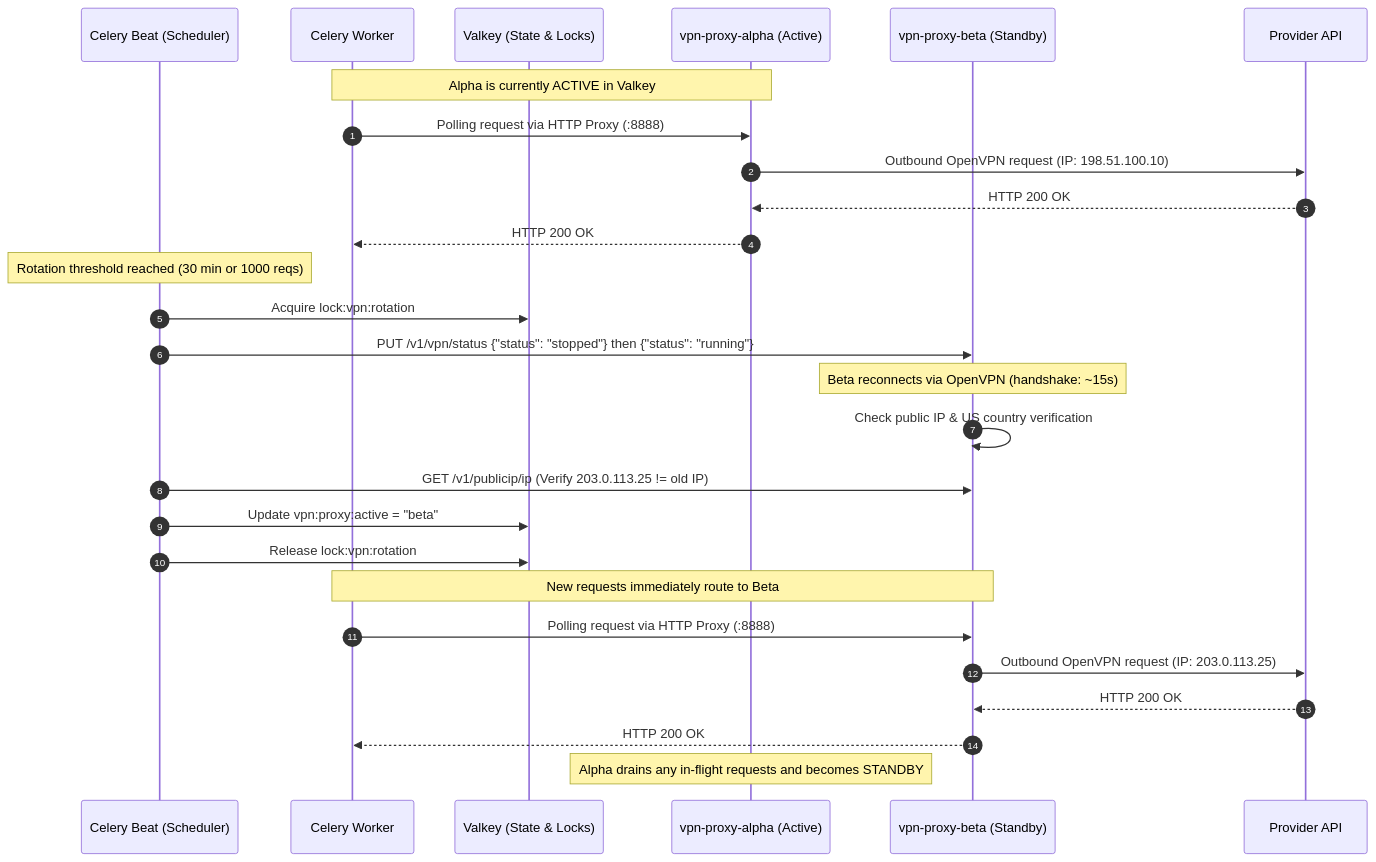
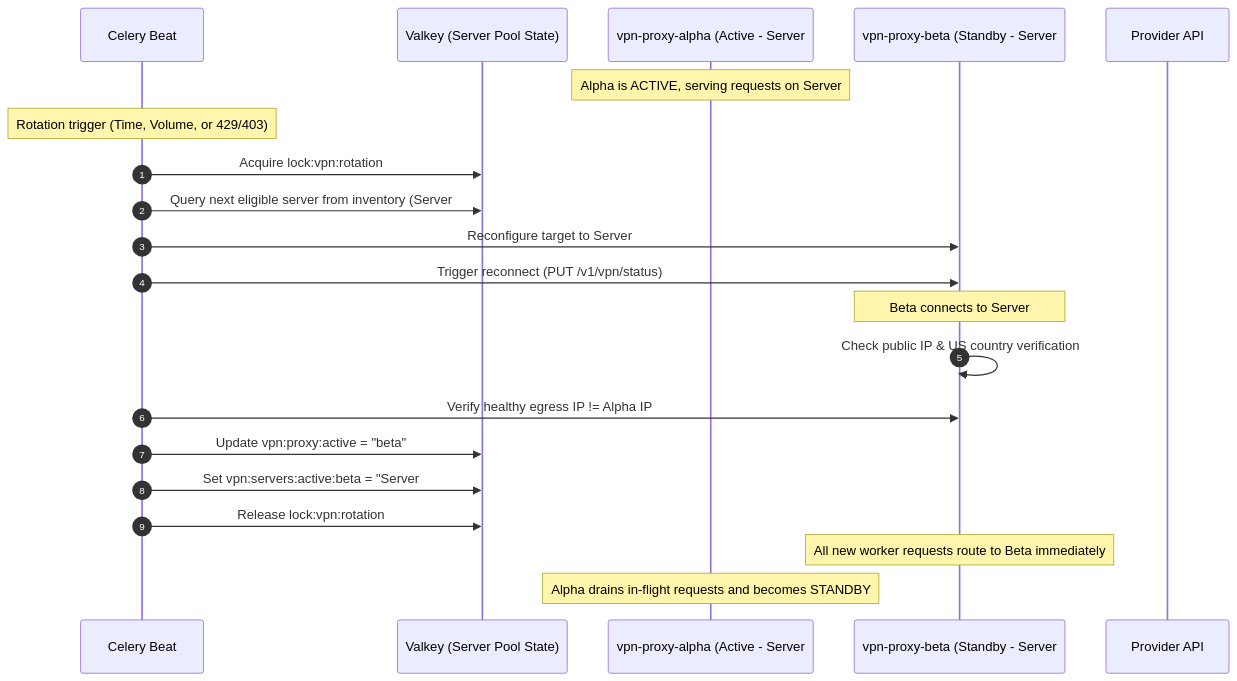
One commit to juftin/camply-web changed the third of 3 diagrams in docs/agents/DESIGN_VPN_ROTATION.md. Above: the diagram before and after it, drawn with Mermaid. The commit also changed other lines of this file and 3 other files, not shown here.

Commit message:
✨ (specs): Support 1-100 VPN server configurations and cooldown lifecycle

````diff
--- a/docs/agents/DESIGN_VPN_ROTATION.md
+++ b/docs/agents/DESIGN_VPN_ROTATION.md
@@ -169,33 +256,25 @@
 ```mermaid
 sequenceDiagram
     autonumber
-    participant Beat as Celery Beat (Scheduler)
-    participant Worker as Celery Worker
-    participant Valkey as Valkey (State & Locks)
-    participant Alpha as vpn-proxy-alpha (Active)
-    participant Beta as vpn-proxy-beta (Standby)
+    participant Beat as Celery Beat
+    participant Valkey as Valkey (Server Pool State)
+    participant Alpha as vpn-proxy-alpha (Active - Server #14)
+    participant Beta as vpn-proxy-beta (Standby - Server #15)
     participant Provider as Provider API
 
-    Note over Worker,Alpha: Alpha is currently ACTIVE in Valkey
-    Worker->>Alpha: Polling request via HTTP Proxy (:8888)
-    Alpha->>Provider: Outbound OpenVPN request (IP: 198.51.100.10)
-    Provider-->>Alpha: HTTP 200 OK
-    Alpha-->>Worker: HTTP 200 OK
-
-    Note over Beat: Rotation threshold reached (30 min or 1000 reqs)
+    Note over Alpha: Alpha is ACTIVE, serving requests on Server #14
+    Note over Beat: Rotation trigger (Time, Volume, or 429/403)
     Beat->>Valkey: Acquire lock:vpn:rotation
-    Beat->>Beta: PUT /v1/vpn/status {"status": "stopped"} then {"status": "running"}
-    Note over Beta: Beta reconnects via OpenVPN (handshake: ~15s)
+    Beat->>Valkey: Query next eligible server from inventory (Server #16)
+    Beat->>Beta: Reconfigure target to Server #16 (via Gluetun API / Config)
+    Beat->>Beta: Trigger reconnect (PUT /v1/vpn/status)
+    Note over Beta: Beta connects to Server #16 (handshake ~15s)
     Beta->>Beta: Check public IP & US country verification
-    Beat->>Beta: GET /v1/publicip/ip (Verify 203.0.113.25 != old IP)
+    Beat->>Beta: Verify healthy egress IP != Alpha IP
     Beat->>Valkey: Update vpn:proxy:active = "beta"
+    Beat->>Valkey: Set vpn:servers:active:beta = "Server #16"
     Beat->>Valkey: Release lock:vpn:rotation
 
-    Note over Worker,Beta: New requests immediately route to Beta
-    Worker->>Beta: Polling request via HTTP Proxy (:8888)
-    Beta->>Provider: Outbound OpenVPN request (IP: 203.0.113.25)
-    Provider-->>Beta: HTTP 200 OK
-    Beta-->>Worker: HTTP 200 OK
-
-    Note over Alpha: Alpha drains any in-flight requests and becomes STANDBY
+    Note over Beta: All new worker requests route to Beta immediately
+    Note over Alpha: Alpha drains in-flight requests and becomes STANDBY
 ```
````
